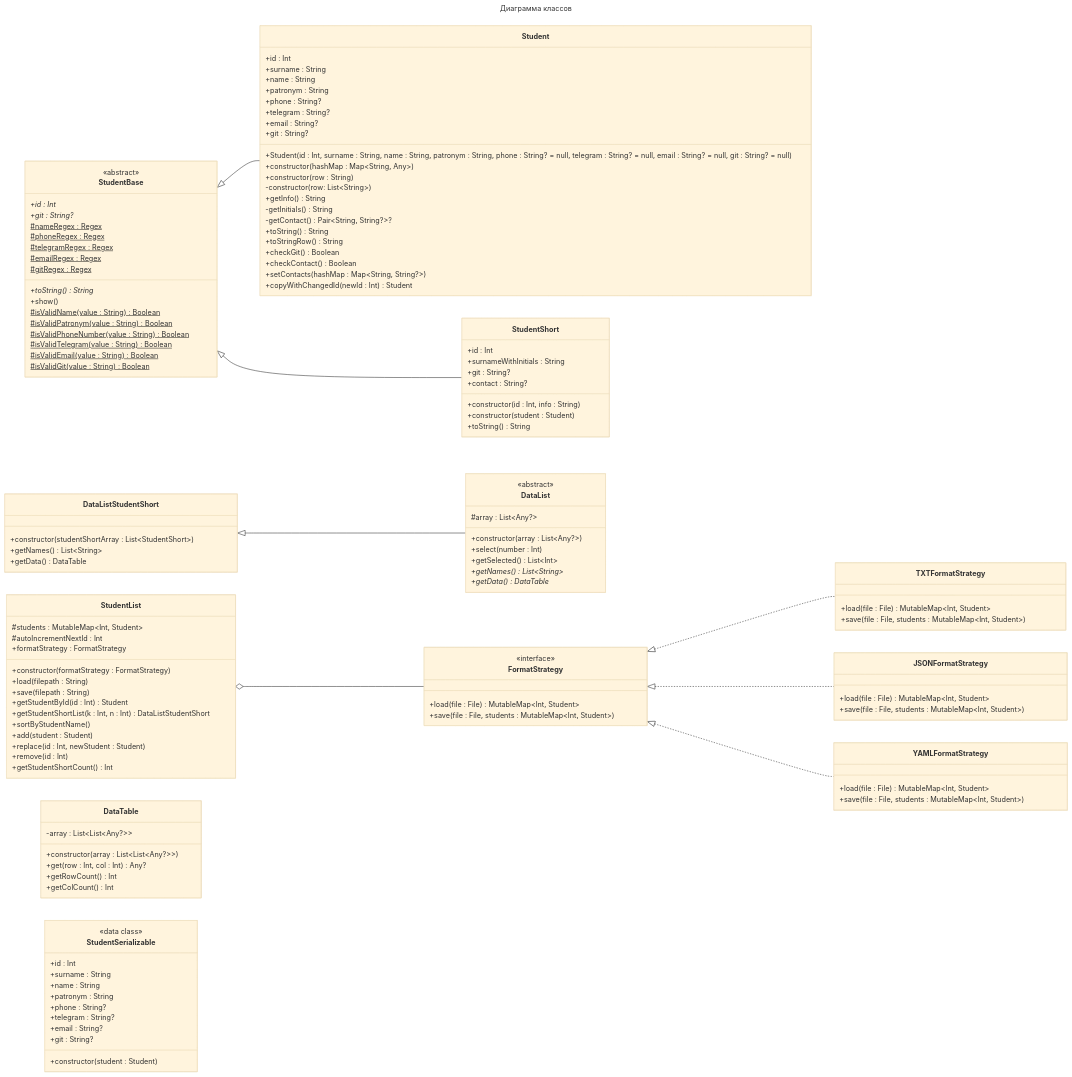
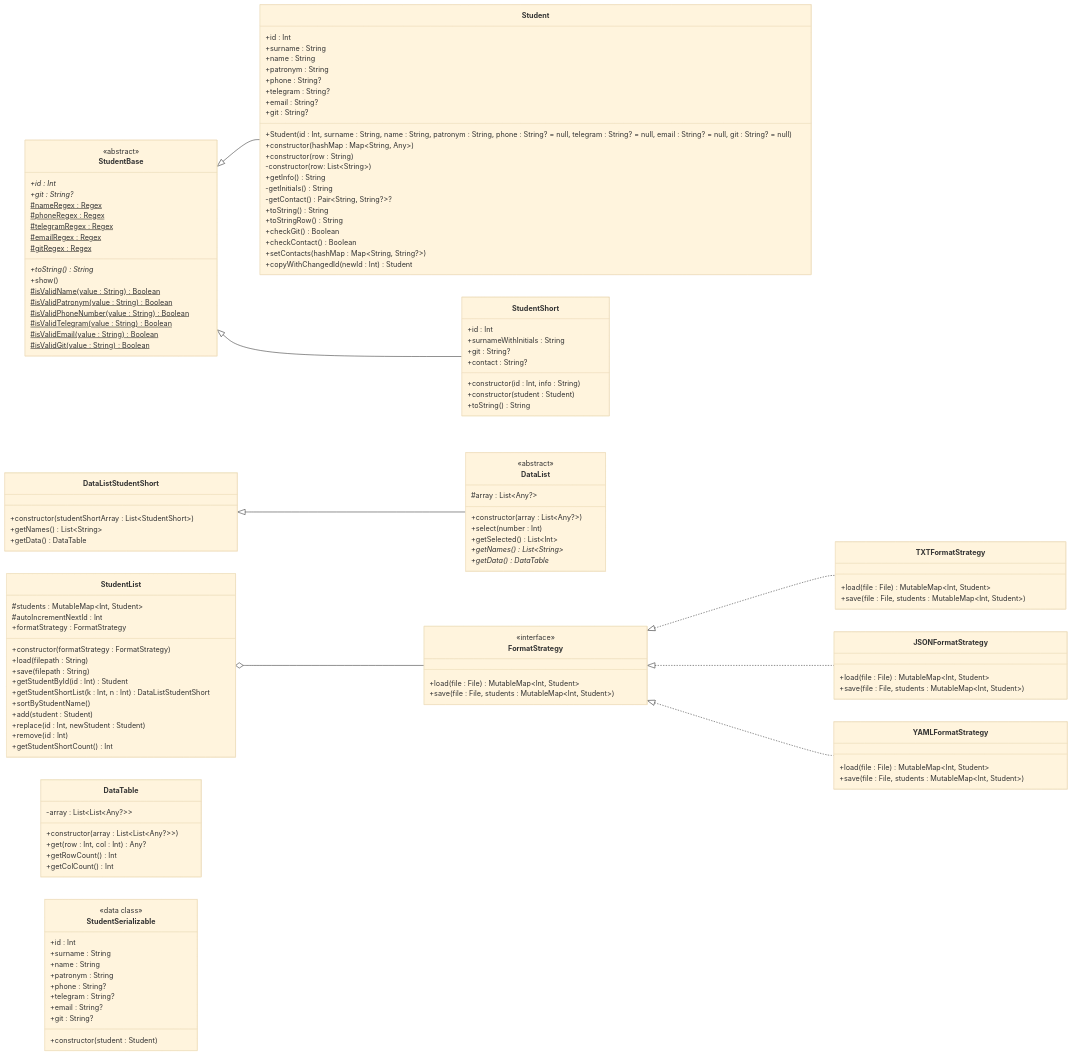
The first of 2 diagrams in README.md (ARTEZON/Patterns), drawn with Mermaid (base theme) before and after one commit. The commit also changed other lines of this file, not shown here.

Commit message:
[Lab4-Task3] Добавлена ER-диаграмма базы данных

````diff
--- a/README.md
+++ b/README.md
@@ -3,7 +5,4 @@
 ```mermaid
----
-title: Диаграмма классов
----
 classDiagram
     direction LR
     StudentBase <|-- Student
````
